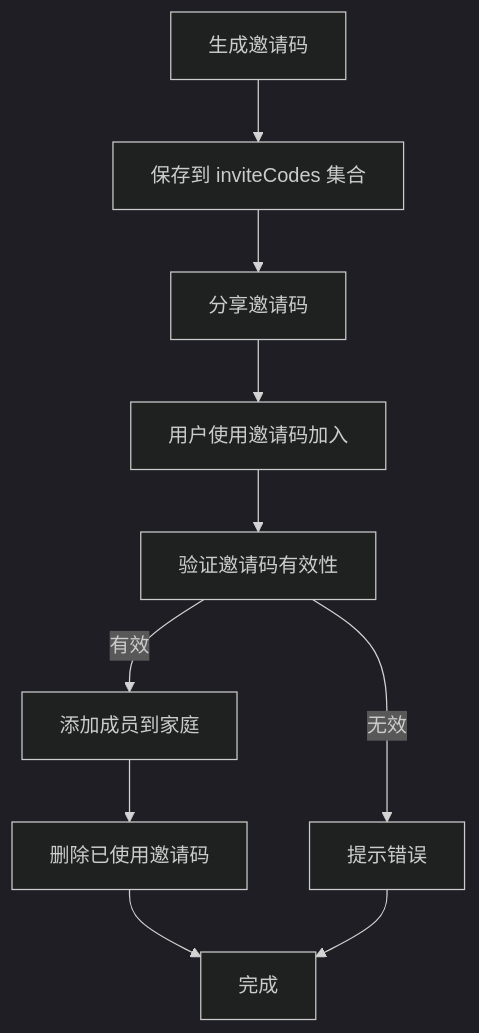
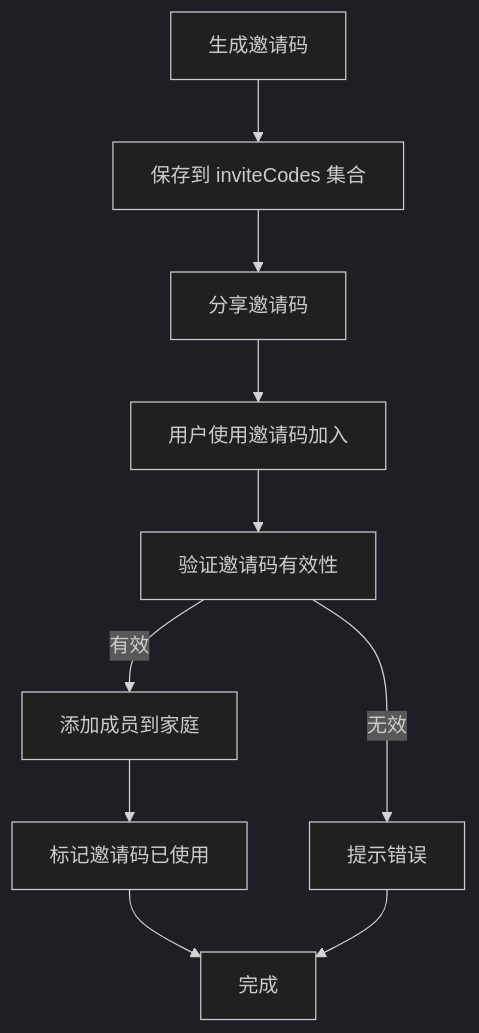
The fifth of 7 diagrams in wiki/核心功能模块/家庭协作系统.md (zhangxin19911211-creator/Project_BabyAssistant), drawn with Mermaid (dark theme) before and after one commit. The commit also changed other lines of this file and 534 other files, not shown here.

````diff
--- a/wiki/核心功能模块/家庭协作系统.md
+++ b/wiki/核心功能模块/家庭协作系统.md
@@ -182,12 +182,12 @@
 ```mermaid
 flowchart TD
 GenStart["生成邀请码"] --> Save["保存到 inviteCodes 集合"]
 Save --> Share["分享邀请码"]
 Share --> Join["用户使用邀请码加入"]
 Join --> Verify["验证邀请码有效性"]
 Verify --> |有效| AddMember["添加成员到家庭"]
 Verify --> |无效| Error["提示错误"]
-AddMember --> DeleteCode["删除已使用邀请码"]
-DeleteCode --> Done["完成"]
+AddMember --> MarkUsed["标记邀请码已使用"]
+MarkUsed --> Done["完成"]
 Error --> Done
 ```
````
